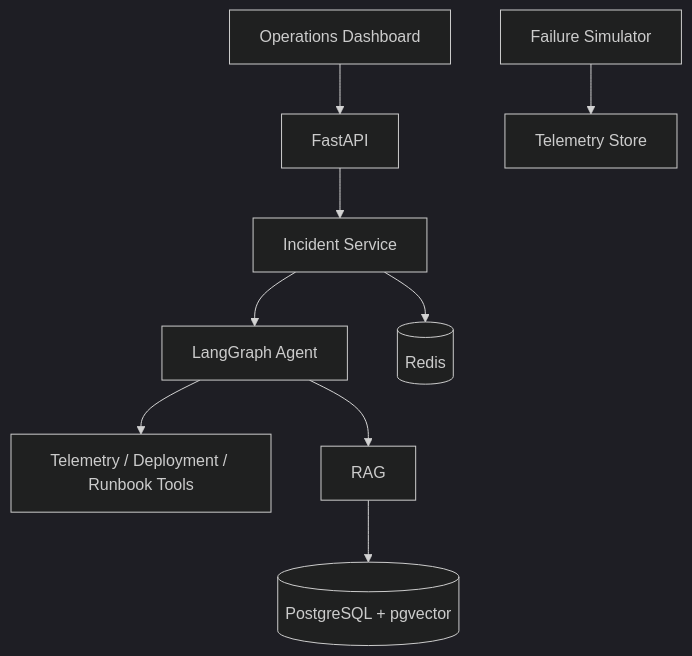
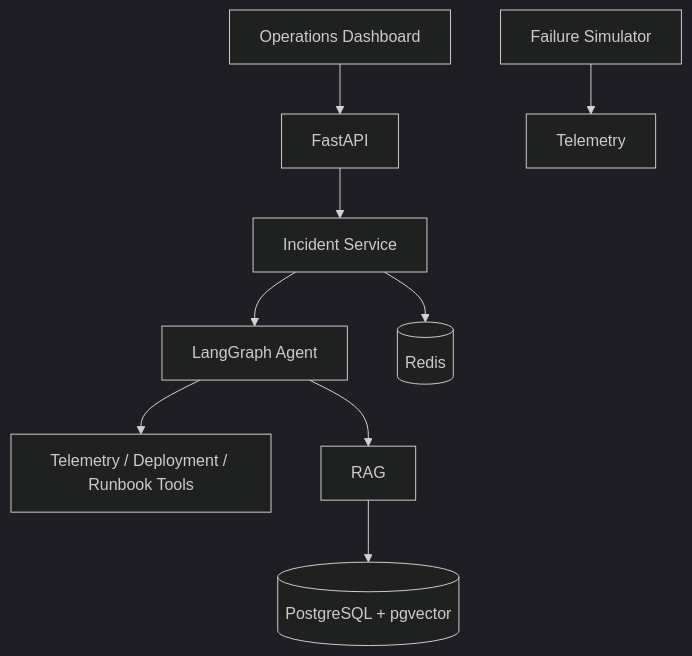
The diagram in README.md (AloneRider-pixel/aegis), drawn with Mermaid (dark theme) before and after one commit. The commit also changed other lines of this file, not shown here.

````diff
--- a/README.md
+++ b/README.md
@@ -39,11 +38,11 @@
 ```mermaid
 graph TB
     UI[Operations Dashboard] --> API[FastAPI]
     API --> INC[Incident Service]
     INC --> AGENT[LangGraph Agent]
     AGENT --> TOOLS[Telemetry / Deployment / Runbook Tools]
     AGENT --> RAG[RAG]
     RAG --> PG[(PostgreSQL + pgvector)]
     INC --> REDIS[(Redis)]
-    SIM[Failure Simulator] --> TEL[Telemetry Store]
+    SIM[Failure Simulator] --> TEL[Telemetry]
 ```
````
